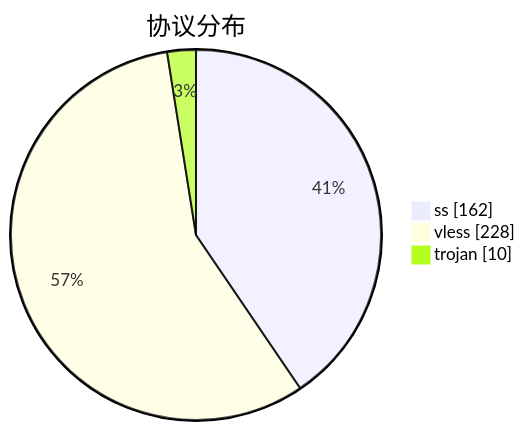
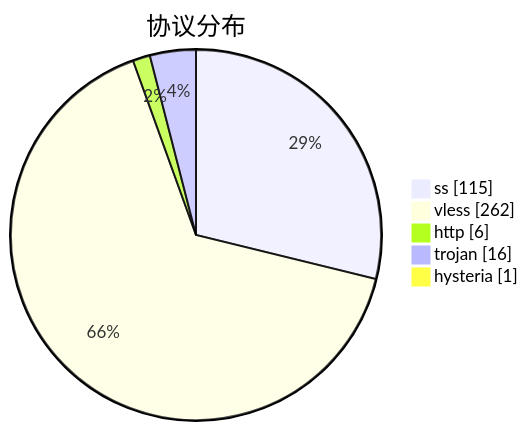
One commit to qjlxg/airport changed the third of 3 diagrams in subs/statistics/tested_within.md. Above: the diagram before and after it, drawn with Mermaid. The commit also changed other lines of this file and 2 other files, not shown here.

````diff
--- a/subs/statistics/tested_within.md
+++ b/subs/statistics/tested_within.md
@@ -34,7 +35,9 @@
 ```mermaid
 pie showData
 title 协议分布
-"ss" : 162
-"vless" : 228
-"trojan" : 10
+"ss" : 115
+"vless" : 262
+"http" : 6
+"trojan" : 16
+"hysteria" : 1
 ```
````
